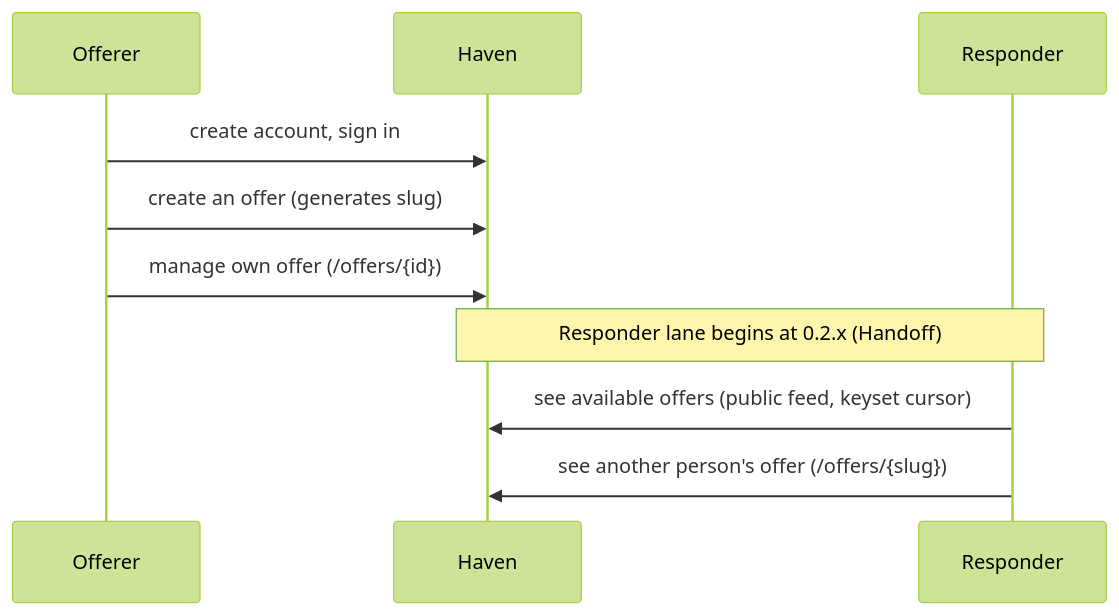
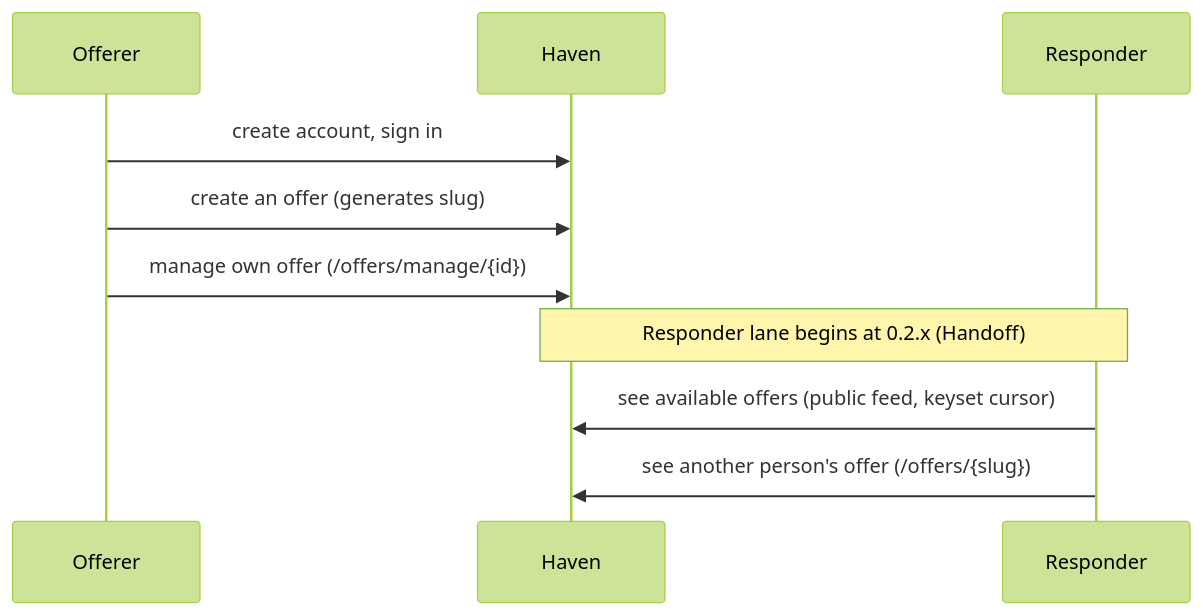
One commit to Phastboy/haven changed the diagram in docs/JOURNEY.md. Above: the diagram before and after it, drawn with Mermaid (forest theme). The commit also changed other lines of this file and 4 other files, not shown here.

````diff
--- a/docs/JOURNEY.md
+++ b/docs/JOURNEY.md
@@ -22,12 +22,12 @@
 ```mermaid
 sequenceDiagram
   participant O as Offerer
   participant H as Haven
   participant R as Responder
   O->>H: create account, sign in
   O->>H: create an offer (generates slug)
-  O->>H: manage own offer (/offers/{id})
+  O->>H: manage own offer (/offers/manage/{id})
   Note over R,H: Responder lane begins at 0.2.x (Handoff)
   R->>H: see available offers (public feed, keyset cursor)
   R->>H: see another person's offer (/offers/{slug})
 ```
````
